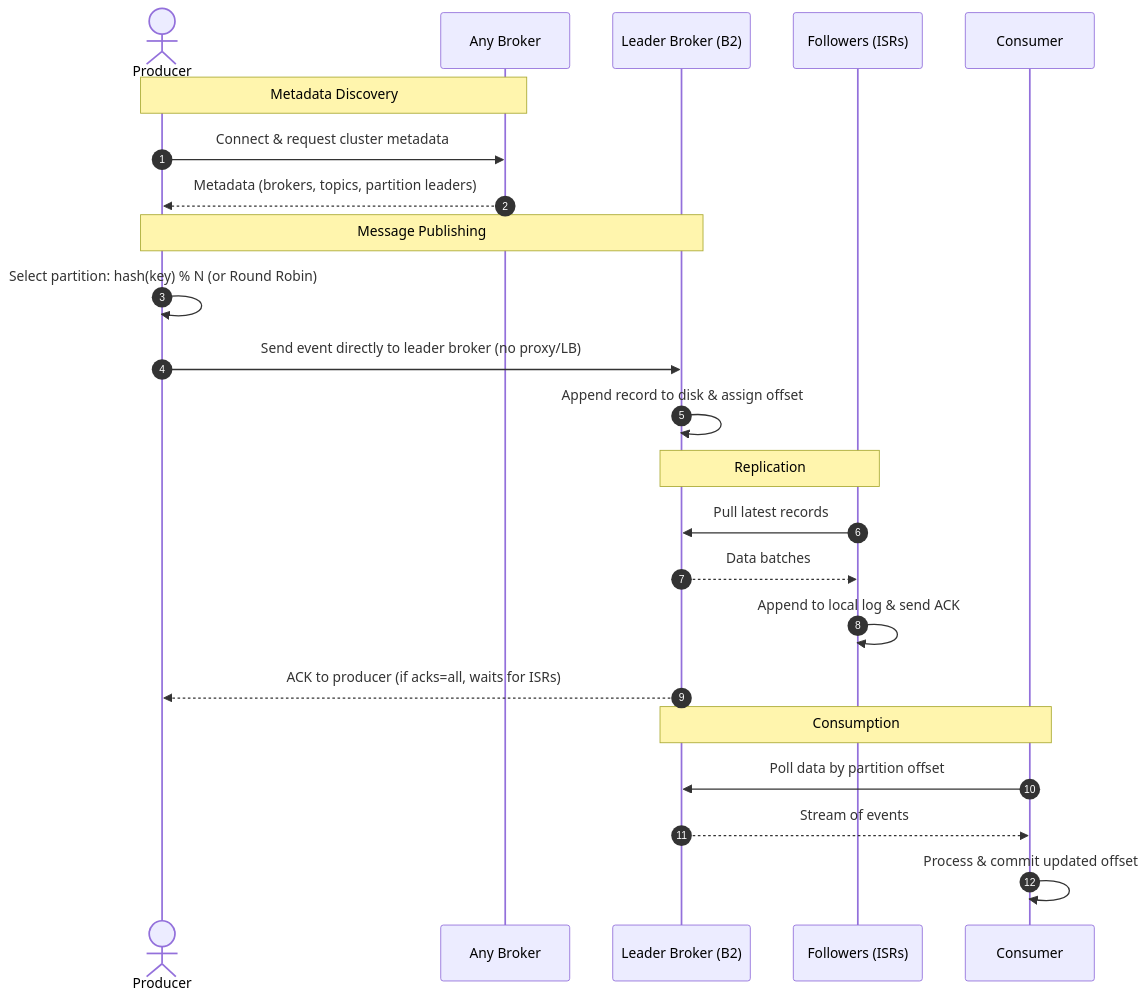
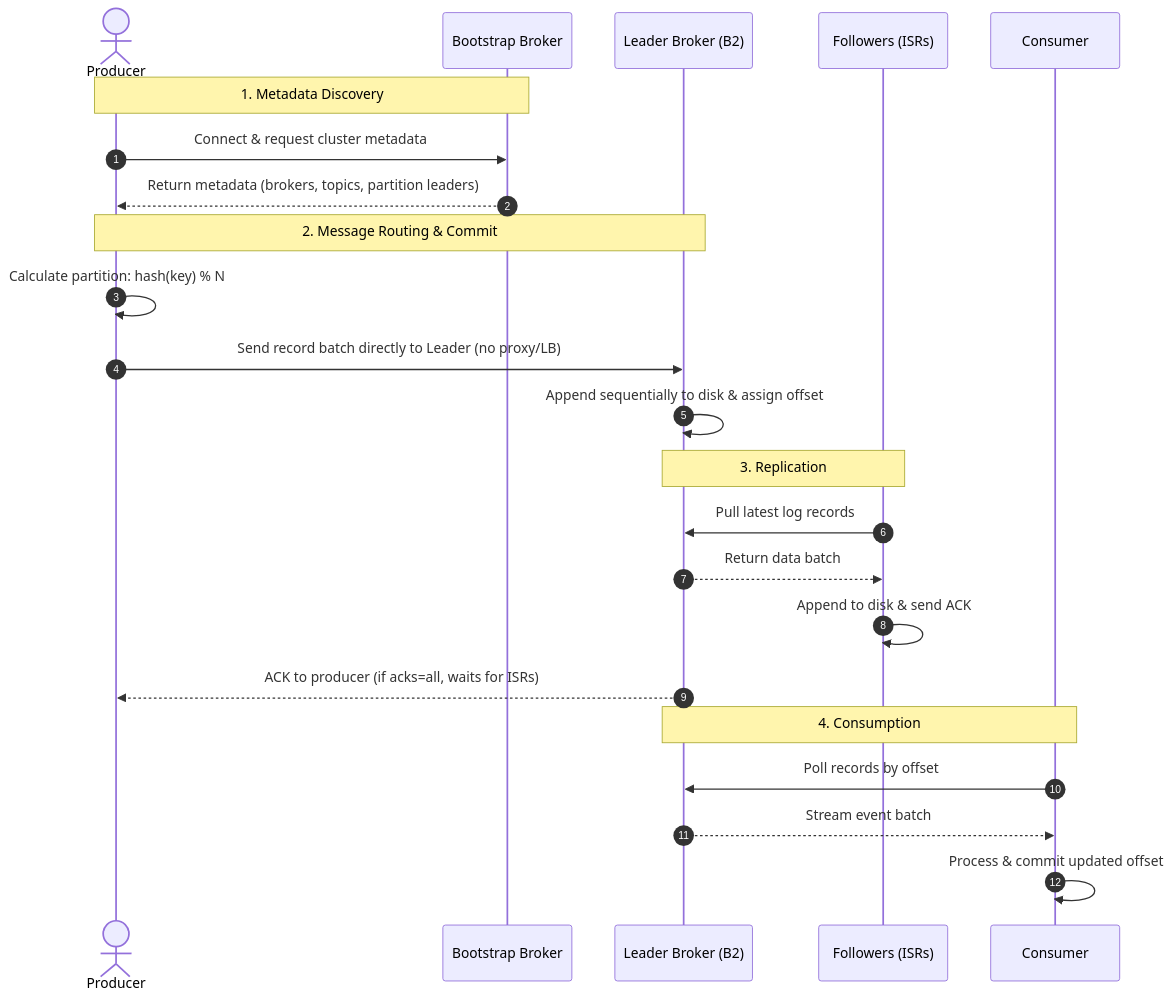
Before and after one commit to Prayag2003/system-design: the fourth of 5 diagrams in concepts/kafka/02-kafka.md, drawn with Mermaid. The commit also changed other lines of this file and 2 other files, not shown here.

Commit message:
[feat-kafka]: consolidate 02-kafka architecture and add 20 interview Q&As in 03-qna

````diff
--- a/concepts/kafka/02-kafka.md
+++ b/concepts/kafka/02-kafka.md
@@ -368,29 +322,29 @@
 ```mermaid
 sequenceDiagram
     autonumber
     actor P as Producer
-    participant B as Any Broker
+    participant B as Bootstrap Broker
     participant L as Leader Broker (B2)
     participant F as Followers (ISRs)
     participant C as Consumer
 
-    Note over P,B: Metadata Discovery
+    Note over P,B: 1. Metadata Discovery
     P->>B: Connect & request cluster metadata
-    B-->>P: Metadata (brokers, topics, partition leaders)
+    B-->>P: Return metadata (brokers, topics, partition leaders)
     
-    Note over P,L: Message Publishing
-    P->>P: Select partition: hash(key) % N (or Round Robin)
-    P->>L: Send event directly to leader broker (no proxy/LB)
-    L->>L: Append record to disk & assign offset
+    Note over P,L: 2. Message Routing & Commit
+    P->>P: Calculate partition: hash(key) % N
+    P->>L: Send record batch directly to Leader (no proxy/LB)
+    L->>L: Append sequentially to disk & assign offset
     
-    Note over L,F: Replication
-    F->>L: Pull latest records
-    L-->>F: Data batches
-    F->>F: Append to local log & send ACK
+    Note over L,F: 3. Replication
+    F->>L: Pull latest log records
+    L-->>F: Return data batch
+    F->>F: Append to disk & send ACK
     L-->>P: ACK to producer (if acks=all, waits for ISRs)
     
-    Note over C,L: Consumption
-    C->>L: Poll data by partition offset
-    L-->>C: Stream of events
+    Note over C,L: 4. Consumption
+    C->>L: Poll records by offset
+    L-->>C: Stream event batch
     C->>C: Process & commit updated offset
 ```
````
